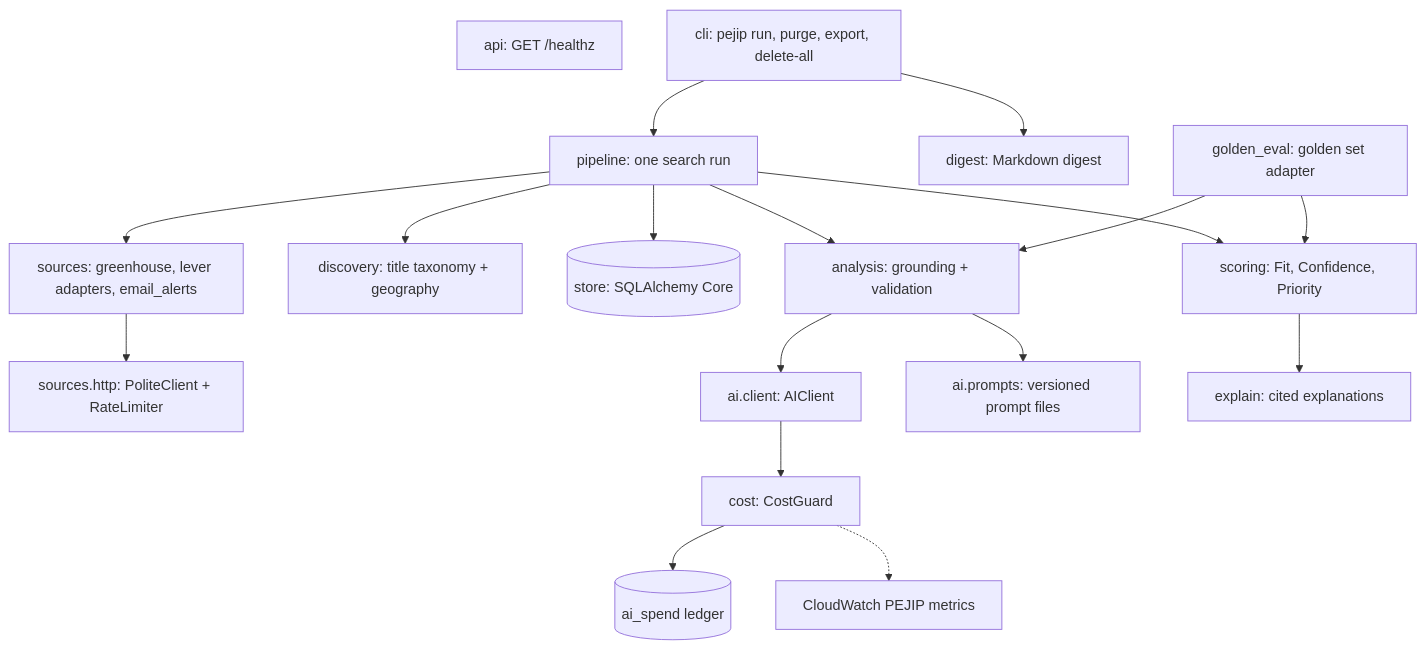
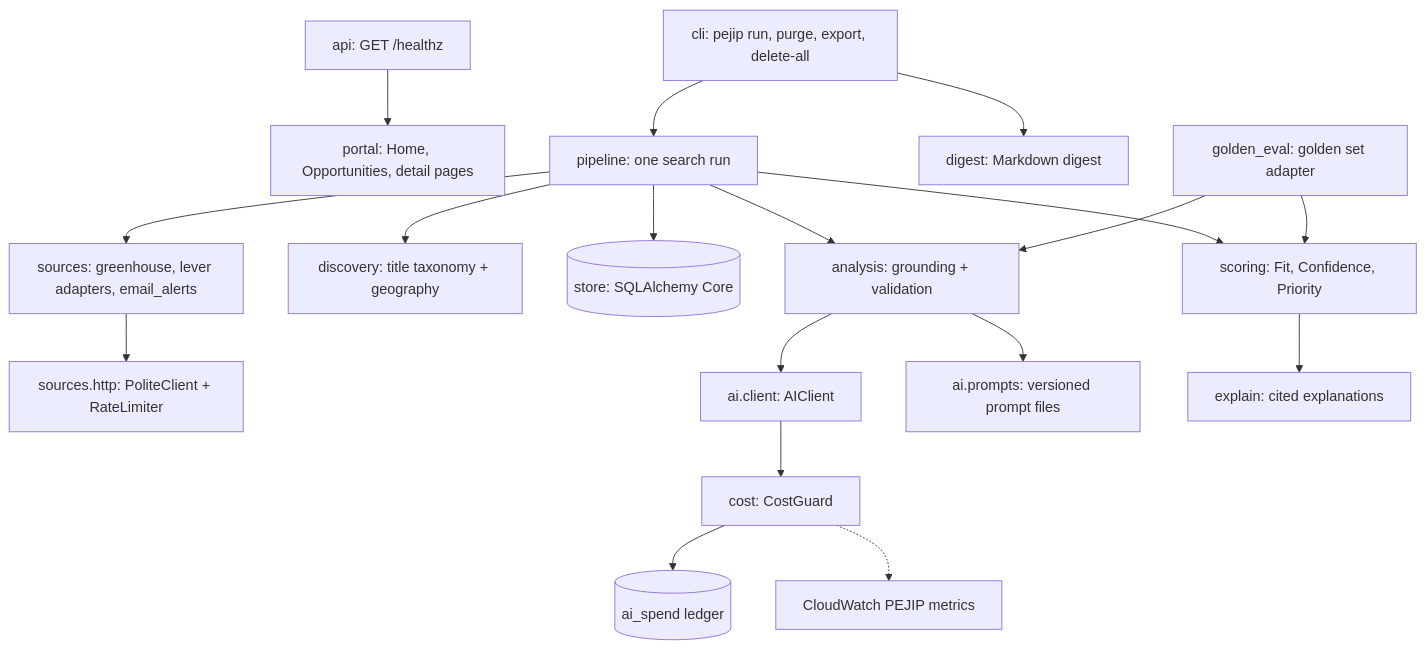
The diagram in docs/architecture/components.md (madduri-ops/PEJIP), drawn with Mermaid before and after one commit. The commit also changed other lines of this file and 18 other files, not shown here.

First line of the commit message:
Add the web portal's Home, Opportunities and detail pages

````diff
--- a/docs/architecture/components.md
+++ b/docs/architecture/components.md
@@ -7,32 +7,34 @@
 ```mermaid
 flowchart TB
     api[api: GET /healthz]
+    portal[portal: Home, Opportunities, detail pages]
+    api --> portal
     cli[cli: pejip run, purge, export, delete-all]
     pipe[pipeline: one search run]
     src[sources: greenhouse, lever adapters, email_alerts]
     http[sources.http: PoliteClient + RateLimiter]
     disc[discovery: title taxonomy + geography]
     store[(store: SQLAlchemy Core)]
     ana[analysis: grounding + validation]
     ai[ai.client: AIClient]
     guard[cost: CostGuard]
     ledger[(ai_spend ledger)]
     cw[CloudWatch PEJIP metrics]
     prompts[ai.prompts: versioned prompt files]
     score[scoring: Fit, Confidence, Priority]
     explain[explain: cited explanations]
     digest[digest: Markdown digest]
     evals[golden_eval: golden set adapter]
     cli --> pipe
     pipe --> src --> http
     pipe --> disc
     pipe --> store
     pipe --> ana --> ai
     ana --> prompts
     ai --> guard --> ledger
     guard -.-> cw
     pipe --> score --> explain
     cli --> digest
     evals --> ana
     evals --> score
 ```
````
